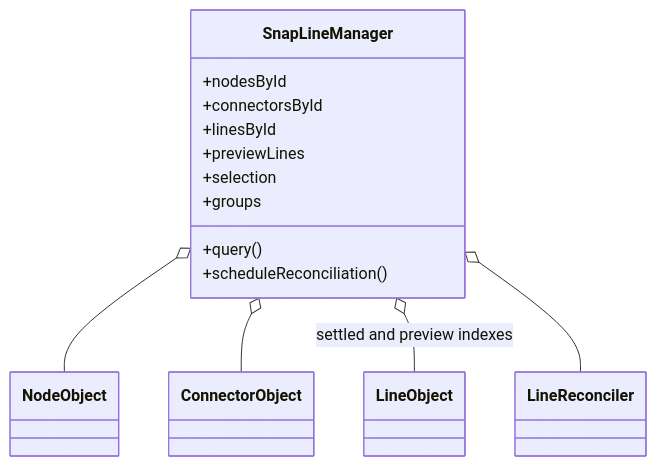
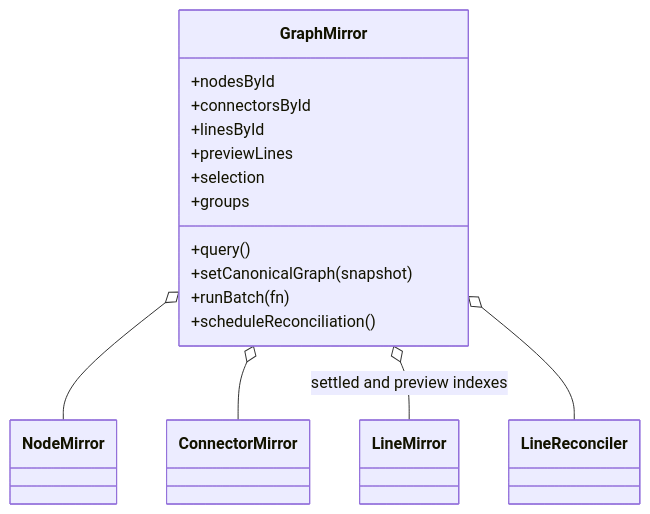
Before and after one commit to tfukaza/SnapLineJS: the sixth of 8 diagrams in docs/snapline/design/planned-rearchitecture.md, drawn with Mermaid. The commit also changed other lines of this file, not shown here.

First line of the commit message:
docs: reconcile planned re-architecture with approved design decisions

````diff
--- a/docs/snapline/design/planned-rearchitecture.md
+++ b/docs/snapline/design/planned-rearchitecture.md
@@ -774,25 +874,27 @@
 ```mermaid
 classDiagram
   direction TB
 
-  class SnapLineManager {
+  class GraphMirror {
     +nodesById
     +connectorsById
     +linesById
     +previewLines
     +selection
     +groups
     +query()
+    +setCanonicalGraph(snapshot)
+    +runBatch(fn)
     +scheduleReconciliation()
   }
 
-  class NodeObject
-  class ConnectorObject
-  class LineObject
+  class NodeMirror
+  class ConnectorMirror
+  class LineMirror
   class LineReconciler
 
-  SnapLineManager o-- NodeObject
-  SnapLineManager o-- ConnectorObject
-  SnapLineManager o-- LineObject : settled and preview indexes
-  SnapLineManager o-- LineReconciler
+  GraphMirror o-- NodeMirror
+  GraphMirror o-- ConnectorMirror
+  GraphMirror o-- LineMirror : settled and preview indexes
+  GraphMirror o-- LineReconciler
 ```
````
